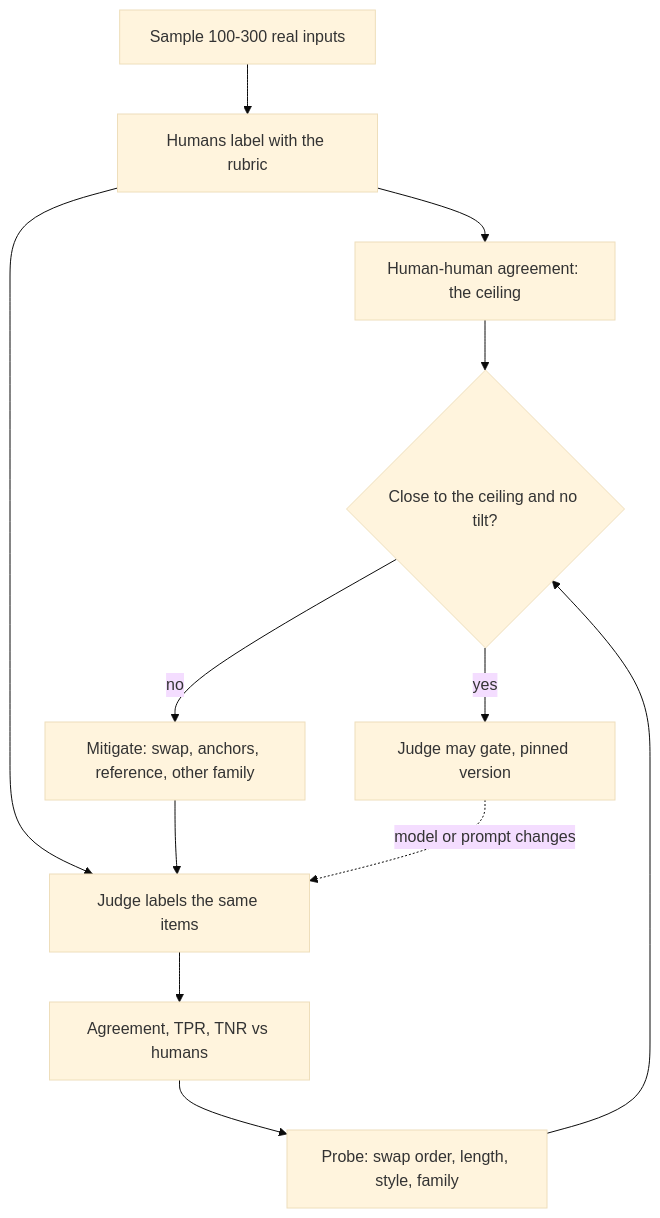
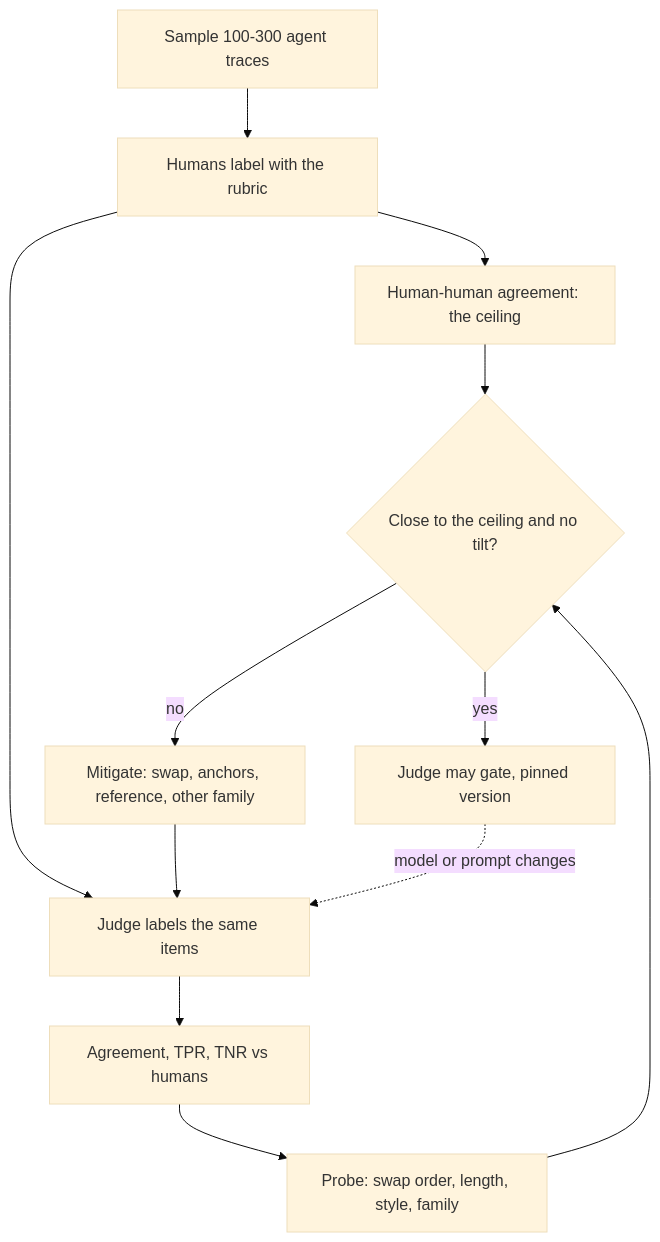
Before and after one commit to lovishmahajan97/agentic-learning: the diagram in content/evals/judge-calibration-and-bias.md, drawn with Mermaid (base theme). The commit also changed other lines of this file and 266 other files, not shown here.

````diff
--- a/content/evals/judge-calibration-and-bias.md
+++ b/content/evals/judge-calibration-and-bias.md
@@ -140,14 +170,14 @@
 ```mermaid
 flowchart TD
-    S["Sample 100-300 real inputs"] --> H["Humans label with the rubric"]
+    S["Sample 100-300 agent traces"] --> H["Humans label with the rubric"]
     H --> IAA["Human-human agreement: the ceiling"]
     H --> J["Judge labels the same items"]
     J --> M["Agreement, TPR, TNR vs humans"]
     M --> P["Probe: swap order, length, style, family"]
     P --> Q{"Close to the ceiling and no tilt?"}
     IAA --> Q
     Q -->|"no"| F["Mitigate: swap, anchors, reference, other family"]
     F --> J
     Q -->|"yes"| G["Judge may gate, pinned version"]
     G -.->|"model or prompt changes"| J
 ```
````
